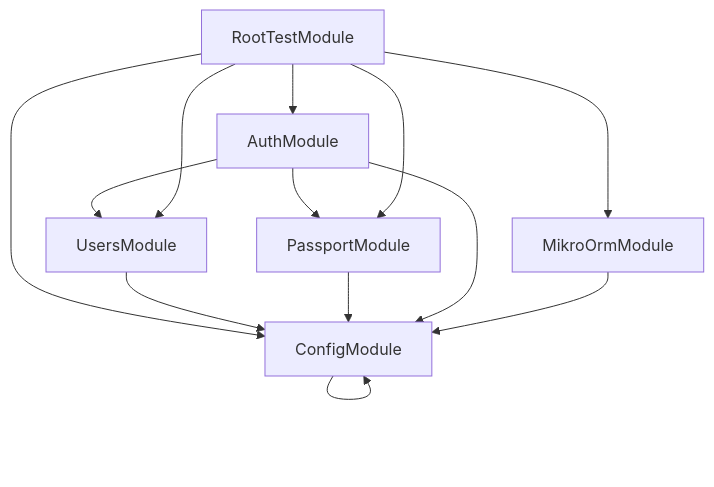
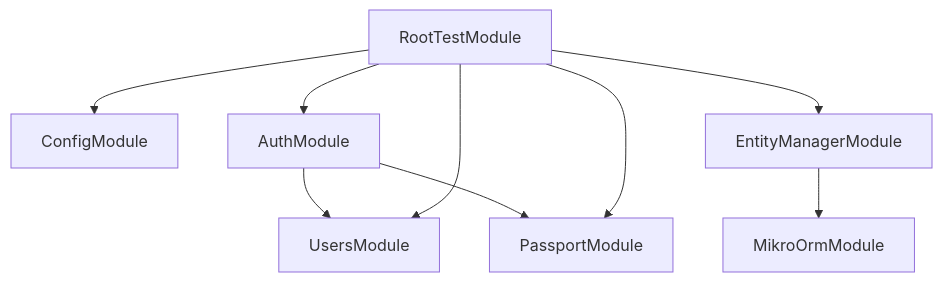
The diagram in docs/DependencyGraphForTest.md (gpo/grassroots), drawn with Mermaid before and after one commit. The commit also changed 12 other files, not shown here.

Commit message:
Working, but test dependency graph is weird.

````diff
--- a/docs/DependencyGraphForTest.md
+++ b/docs/DependencyGraphForTest.md
@@ -2,15 +2,11 @@
   ```mermaid
   graph TD
     RootTestModule-->ConfigModule
-  ConfigModule-->ConfigModule
   RootTestModule-->AuthModule
   AuthModule-->UsersModule
-  UsersModule-->ConfigModule
   AuthModule-->PassportModule
-  PassportModule-->ConfigModule
-  AuthModule-->ConfigModule
   RootTestModule-->UsersModule
   RootTestModule-->PassportModule
-  RootTestModule-->MikroOrmModule
-  MikroOrmModule-->ConfigModule
+  RootTestModule-->EntityManagerModule
+  EntityManagerModule-->MikroOrmModule
   ```
````
